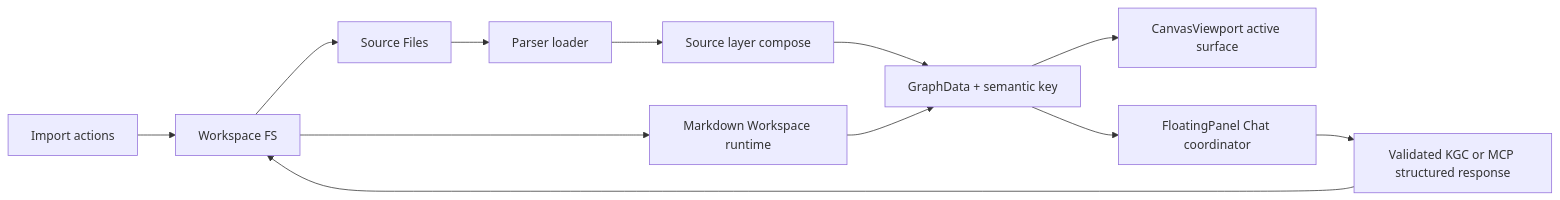
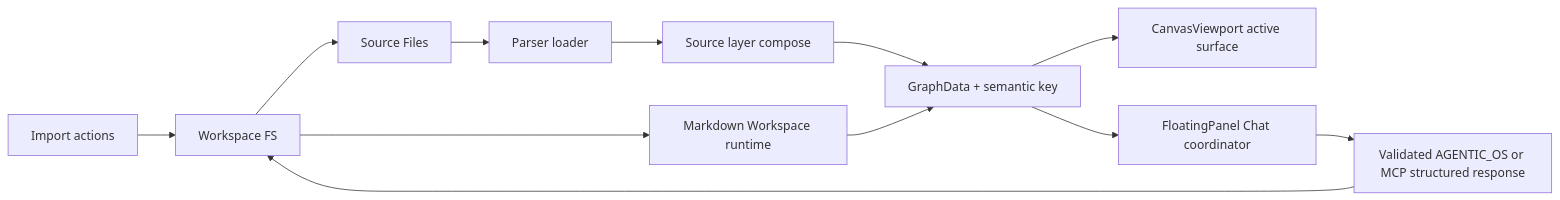
The first of 2 diagrams in docs/documents/agentic-graph-modularity-prd-tad.md (huijoohwee/agentic-graph), drawn with Mermaid before and after one commit. The commit also changed other lines of this file and 599 other files, not shown here.

````diff
--- a/docs/documents/agentic-graph-modularity-prd-tad.md
+++ b/docs/documents/agentic-graph-modularity-prd-tad.md
@@ -192,14 +192,14 @@
 ```mermaid
 flowchart LR
   Import["Import actions"] --> WorkspaceFs["Workspace FS"]
   WorkspaceFs --> SourceFiles["Source Files"]
   SourceFiles --> Parser["Parser loader"]
   Parser --> Compose["Source layer compose"]
   Compose --> Graph["GraphData + semantic key"]
   Graph --> Canvas["CanvasViewport active surface"]
   WorkspaceFs --> Editor["Markdown Workspace runtime"]
   Editor --> Graph
   Graph --> Chat["FloatingPanel Chat coordinator"]
-  Chat --> KGC["Validated KGC or MCP structured response"]
-  KGC --> WorkspaceFs
+  Chat --> AGENTIC_OS["Validated AGENTIC_OS or MCP structured response"]
+  AGENTIC_OS --> WorkspaceFs
 ```
````
